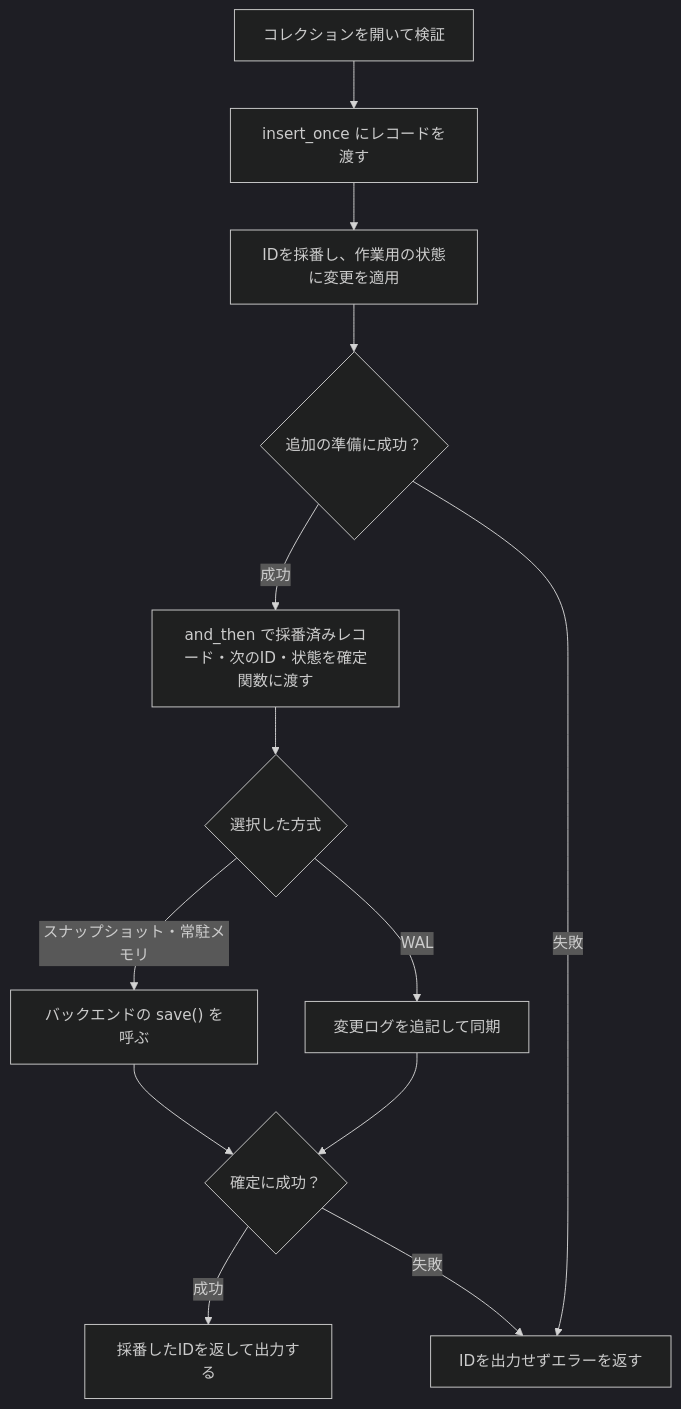
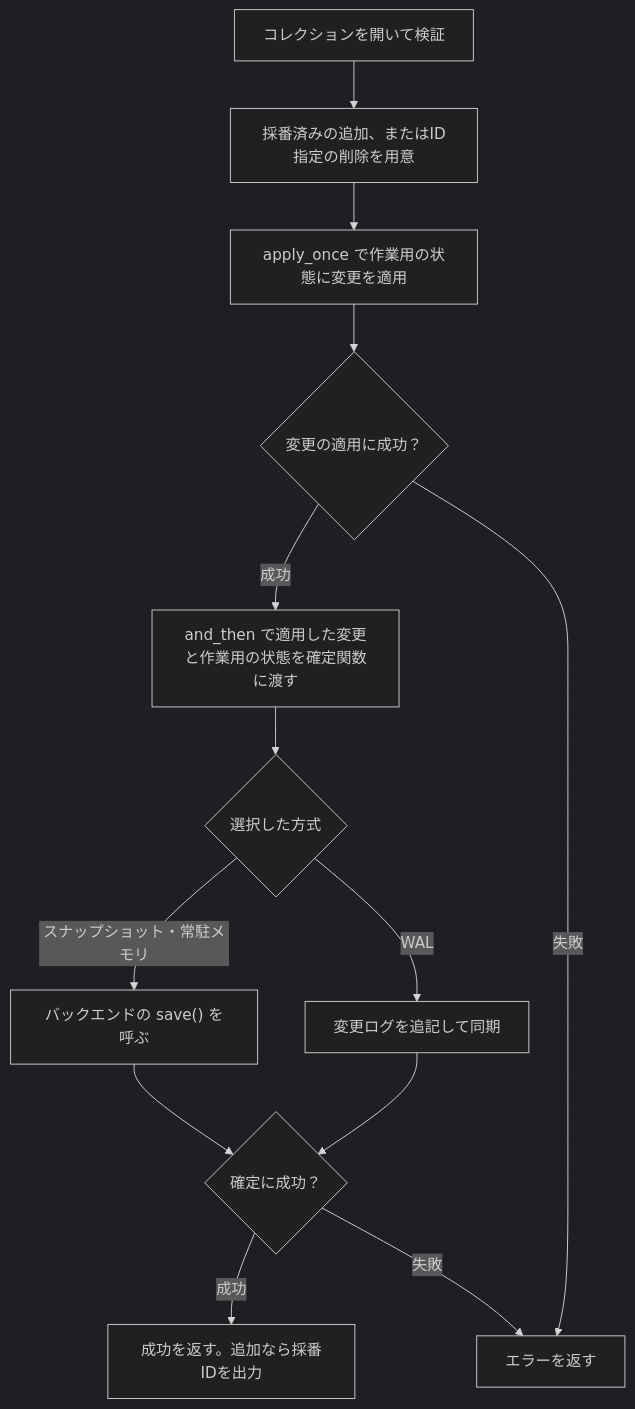
One commit to YoshiakiNishimura/persist-collections changed the diagram in README.ja.md. Above: the diagram before and after it, drawn with Mermaid (dark theme). The commit also changed other lines of this file and 3 other files, not shown here.

Commit message:
Compose insert and delete through a shared apply operation

````diff
--- a/README.ja.md
+++ b/README.ja.md
@@ -66,15 +66,15 @@
 ```mermaid
 flowchart TD
-    Open["コレクションを開いて検証"] --> Insert["insert_once にレコードを渡す"]
-    Insert --> Prepare["IDを採番し、作業用の状態に変更を適用"]
-    Prepare --> Prepared{"追加の準備に成功？"}
-    Prepared -->|成功| Commit["and_then で採番済みレコード・次のID・状態を確定関数に渡す"]
-    Prepared -->|失敗| Failure["IDを出力せずエラーを返す"]
+    Open["コレクションを開いて検証"] --> Insert["採番済みの追加、またはID指定の削除を用意"]
+    Insert --> Prepare["apply_once で作業用の状態に変更を適用"]
+    Prepare --> Prepared{"変更の適用に成功？"}
+    Prepared -->|成功| Commit["and_then で適用した変更と作業用の状態を確定関数に渡す"]
+    Prepared -->|失敗| Failure["エラーを返す"]
     Commit --> Strategy{"選択した方式"}
     Strategy -->|スナップショット・常駐メモリ| Save["バックエンドの save() を呼ぶ"]
     Strategy -->|WAL| Log["変更ログを追記して同期"]
     Save --> Saved{"確定に成功？"}
     Log --> Saved
-    Saved -->|成功| Success["採番したIDを返して出力する"]
+    Saved -->|成功| Success["成功を返す。追加なら採番IDを出力"]
     Saved -->|失敗| Failure
 ```
````
